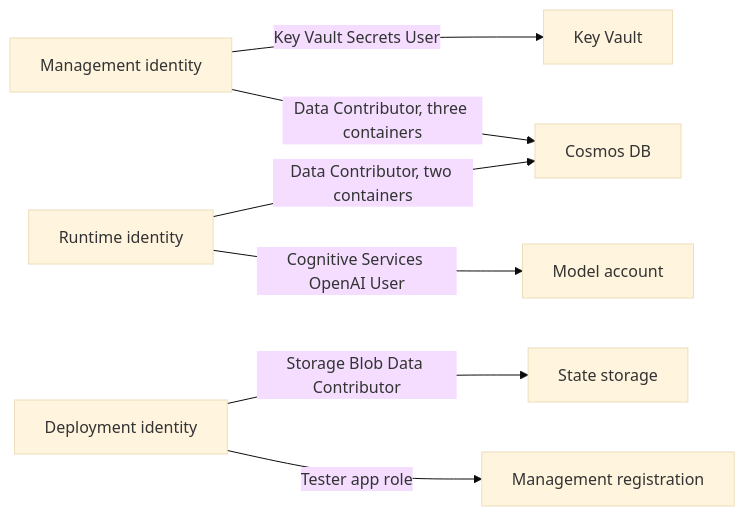
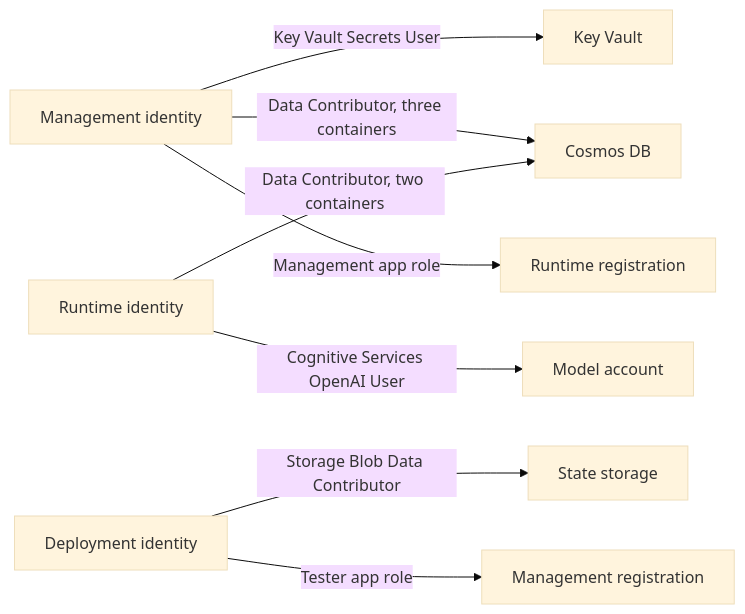
Before and after one commit to marvinbuss/caller-ai: the diagram in docs/runbooks/platform-security.md, drawn with Mermaid (base theme). The commit also changed other lines of this file and 6 other files, not shown here.

````diff
--- a/docs/runbooks/platform-security.md
+++ b/docs/runbooks/platform-security.md
@@ -20,9 +20,10 @@
 ```mermaid
 flowchart LR
     MI["Management identity"] -->|"Key Vault Secrets User"| Vault["Key Vault"]
     MI -->|"Data Contributor, three containers"| Cosmos["Cosmos DB"]
+    MI -->|"Management app role"| RReg["Runtime registration"]
     RI["Runtime identity"] -->|"Data Contributor, two containers"| Cosmos
     RI -->|"Cognitive Services OpenAI User"| Model["Model account"]
     Dep["Deployment identity"] -->|"Storage Blob Data Contributor"| State["State storage"]
     Dep -->|"Tester app role"| Reg["Management registration"]
 ```
````
